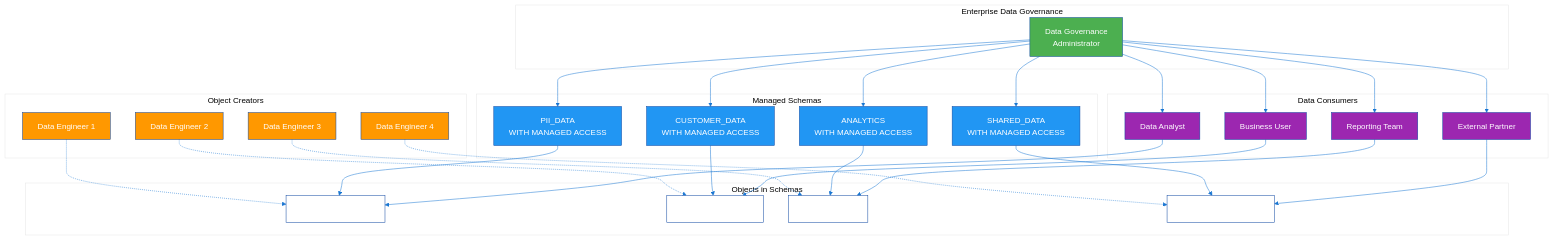
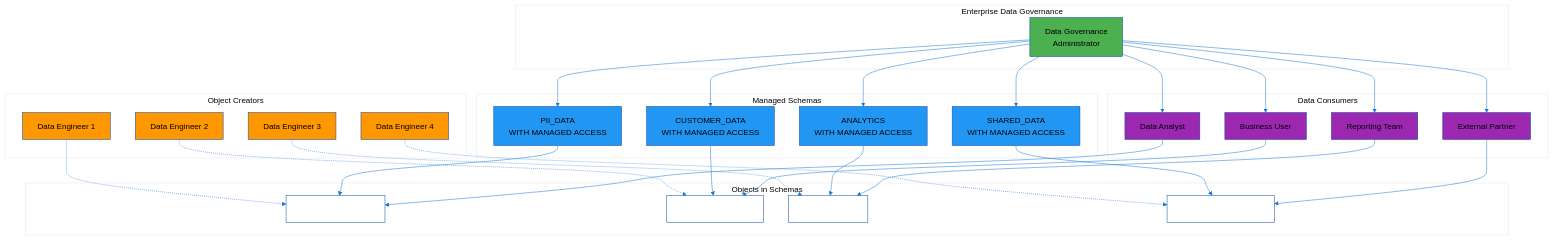
The third of 3 diagrams in 10-BankWest/Managed_Schemas_in_Snowflake_README.md (sfc-gh-mhindi/REPO_CBA), drawn with Mermaid before and after one commit. The commit also changed other lines of this file, not shown here.

Commit message:
Fix diagram text color for better readability
- Changed all white text (color:#ffffff) to black (color:#000000) in diagrams
- Improves readability on white backgrounds
- Affects all three diagrams: access control flow, implementation workflow, and enterprise architecture

````diff
--- a/10-BankWest/Managed_Schemas_in_Snowflake_README.md
+++ b/10-BankWest/Managed_Schemas_in_Snowflake_README.md
@@ -409,81 +409,81 @@
 ```mermaid
 graph TB
     %%{init: {'theme':'base', 'themeVariables': {'primaryColor': '#1f77b4', 'primaryTextColor': '#ffffff', 'primaryBorderColor': '#0d47a1', 'lineColor': '#1976d2', 'secondaryColor': '#f5f5f5', 'tertiaryColor': '#ffffff', 'background': '#ffffff', 'mainBkg': '#ffffff', 'secondBkg': '#f5f5f5', 'tertiaryBkg': '#ffffff'}}}%%
     
     subgraph "Enterprise Data Governance"
         DG[Data Governance<br/>Administrator]
     end
     
     subgraph "Managed Schemas"
         MS1[PII_DATA<br/>WITH MANAGED ACCESS]
         MS2[CUSTOMER_DATA<br/>WITH MANAGED ACCESS]
         MS3[ANALYTICS<br/>WITH MANAGED ACCESS]
         MS4[SHARED_DATA<br/>WITH MANAGED ACCESS]
     end
     
     subgraph "Object Creators"
         DE1[Data Engineer 1]
         DE2[Data Engineer 2]
         DE3[Data Engineer 3]
         DE4[Data Engineer 4]
     end
     
     subgraph "Data Consumers"
         DA1[Data Analyst]
         DA2[Business User]
         DA3[External Partner]
         DA4[Reporting Team]
     end
     
     subgraph "Objects in Schemas"
         T1[Table: customer_pii]
         T2[Table: transactions]
         T3[Table: metrics]
         T4[Table: shared_reports]
     end
     
     %% Governance Control
     DG --> MS1
     DG --> MS2
     DG --> MS3
     DG --> MS4
     
     %% Object Creation (No Access Control)
     DE1 -.-> T1
     DE2 -.-> T2
     DE3 -.-> T3
     DE4 -.-> T4
     
     %% Schema Containment
     MS1 --> T1
     MS2 --> T2
     MS3 --> T3
     MS4 --> T4
     
     %% Access Control (Only through Schema Owner)
     DG --> DA1
     DG --> DA2
     DG --> DA3
     DG --> DA4
     
     %% Data Access
     DA1 --> T1
     DA2 --> T2
     DA3 --> T4
     DA4 --> T3
     
     %% Styling
-    style DG fill:#4caf50,color:#ffffff
-    style MS1 fill:#2196f3,color:#ffffff
-    style MS2 fill:#2196f3,color:#ffffff
-    style MS3 fill:#2196f3,color:#ffffff
-    style MS4 fill:#2196f3,color:#ffffff
-    style DE1 fill:#ff9800,color:#ffffff
-    style DE2 fill:#ff9800,color:#ffffff
-    style DE3 fill:#ff9800,color:#ffffff
-    style DE4 fill:#ff9800,color:#ffffff
-    style DA1 fill:#9c27b0,color:#ffffff
-    style DA2 fill:#9c27b0,color:#ffffff
-    style DA3 fill:#9c27b0,color:#ffffff
-    style DA4 fill:#9c27b0,color:#ffffff
+    style DG fill:#4caf50,color:#000000
+    style MS1 fill:#2196f3,color:#000000
+    style MS2 fill:#2196f3,color:#000000
+    style MS3 fill:#2196f3,color:#000000
+    style MS4 fill:#2196f3,color:#000000
+    style DE1 fill:#ff9800,color:#000000
+    style DE2 fill:#ff9800,color:#000000
+    style DE3 fill:#ff9800,color:#000000
+    style DE4 fill:#ff9800,color:#000000
+    style DA1 fill:#9c27b0,color:#000000
+    style DA2 fill:#9c27b0,color:#000000
+    style DA3 fill:#9c27b0,color:#000000
+    style DA4 fill:#9c27b0,color:#000000
 ```
````
